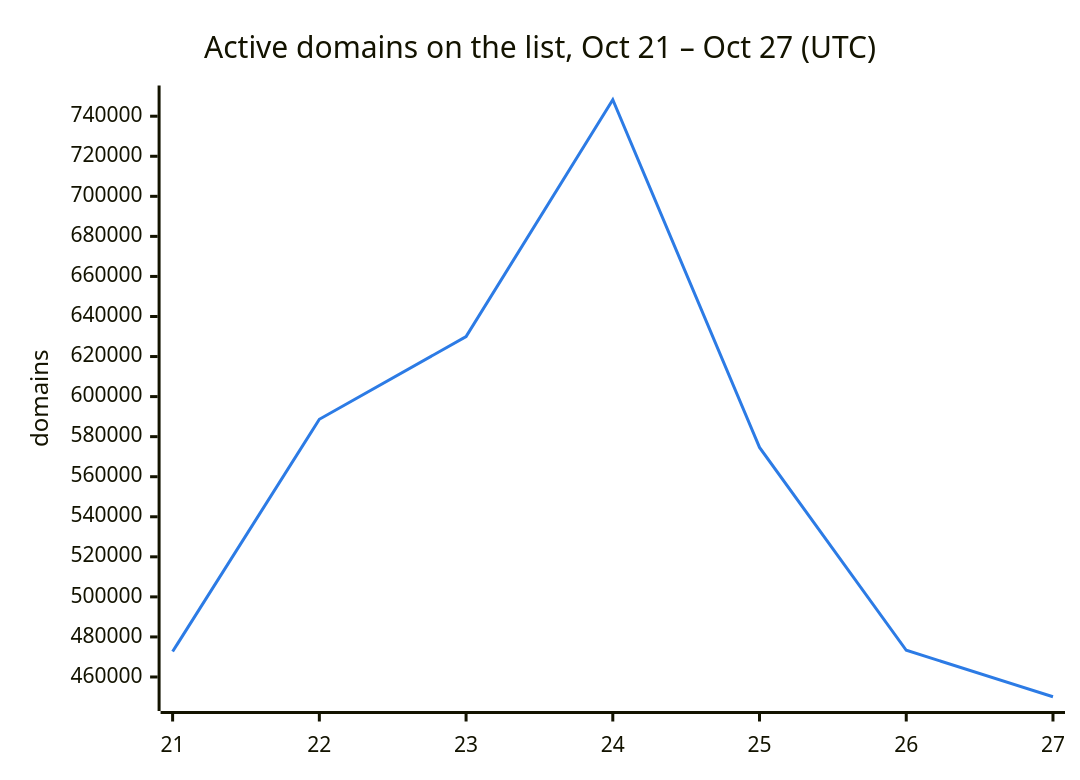
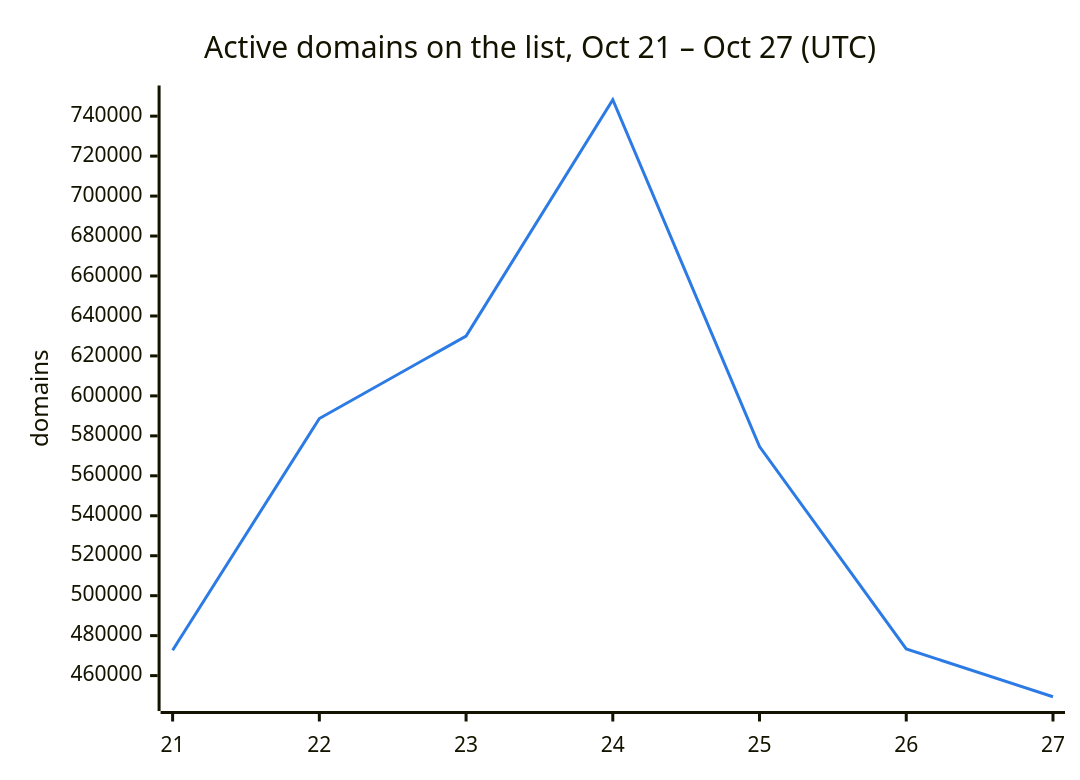
Before and after one commit to DNSBunker/CTI: the second of 3 diagrams in README.md, drawn with Mermaid. The commit also changed other lines of this file and 3 other files, not shown here.

````diff
--- a/README.md
+++ b/README.md
@@ -38,8 +38,8 @@
 ```mermaid
 %%{init: {"themeVariables": {"xyChart": {"plotColorPalette": "#2c7be5"}}}}%%
 xychart-beta
     title "Active domains on the list, Oct 21 – Oct 27 (UTC)"
     x-axis ["21", "22", "23", "24", "25", "26", "27"]
     y-axis "domains"
-    line [472713, 588659, 629951, 748222, 574614, 473331, 450132]
+    line [472713, 588659, 629951, 748222, 574614, 473331, 449414]
 ```
````
